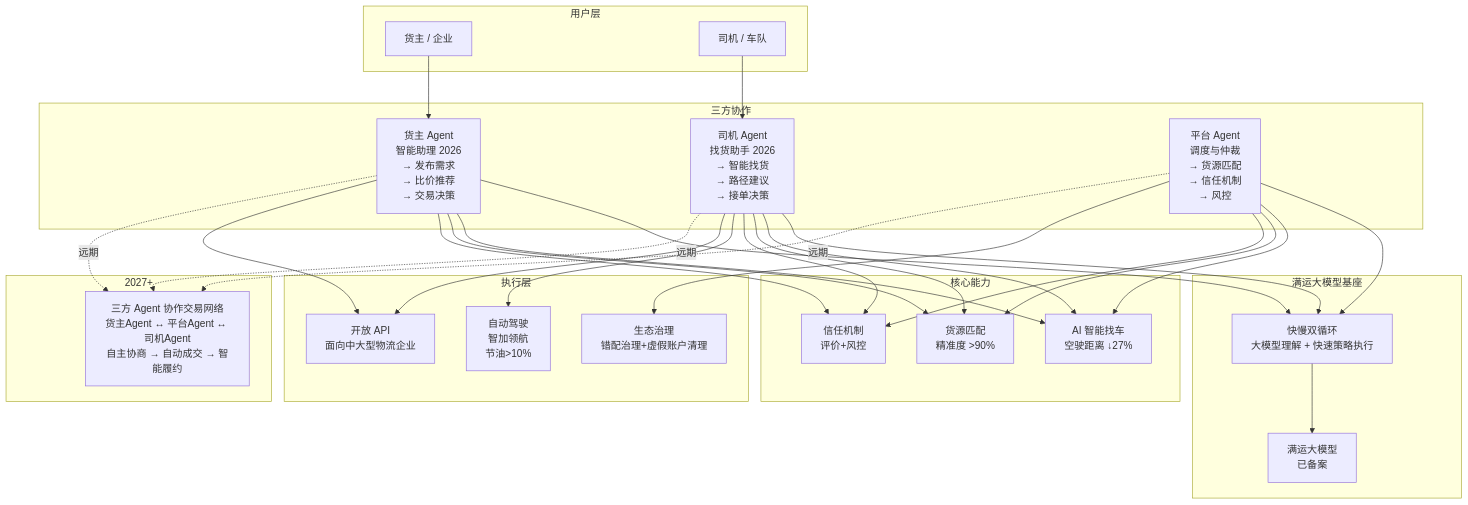
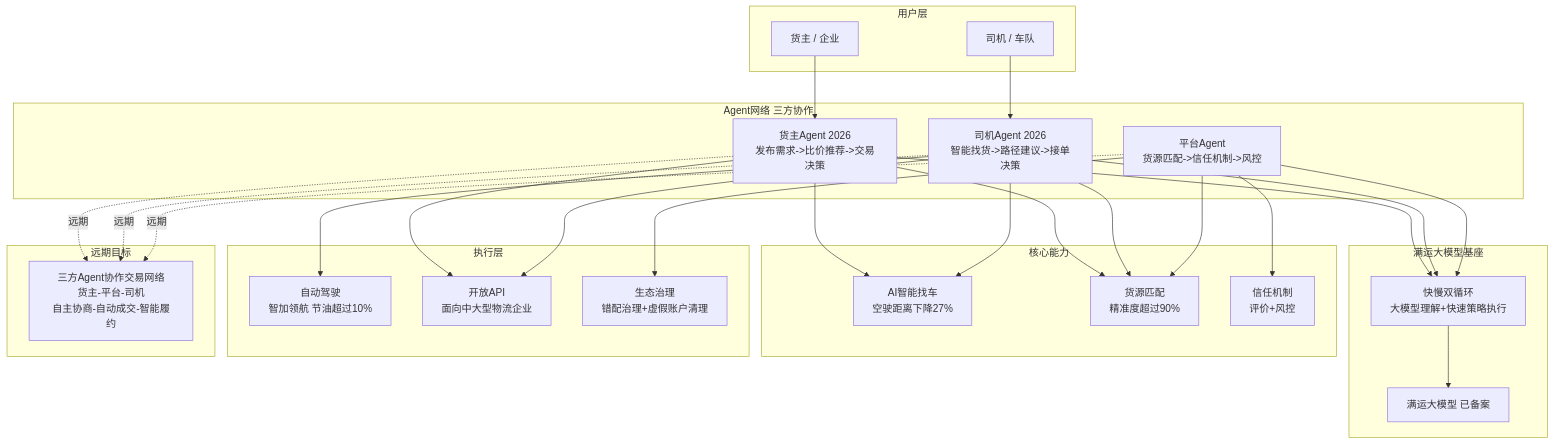
Before and after one commit to wly-163/grid-qa: the fourth of 8 diagrams in 供应链物流智能客服Agent架构图.md, drawn with Mermaid. The commit also changed other lines of this file, not shown here.

First line of the commit message:
fix: 修复Mermaid图语法-去掉&多目标箭头和emoji

````diff
--- a/供应链物流智能客服Agent架构图.md
+++ b/供应链物流智能客服Agent架构图.md
@@ -207,46 +258,54 @@
 ```mermaid
 flowchart TB
     subgraph 用户层
         S["货主 / 企业"]
         D["司机 / 车队"]
     end
 
     subgraph 满运大模型基座
-        MM["满运大模型<br>已备案"]
-        FC["快慢双循环<br>大模型理解 + 快速策略执行"]
+        MM["满运大模型 已备案"]
+        FC["快慢双循环<br>大模型理解+快速策略执行"]
     end
 
-    subgraph Agent 网络 [三方协作]
-        SA["货主 Agent<br>智能助理 2026<br>→ 发布需求<br>→ 比价推荐<br>→ 交易决策"]
-        DA["司机 Agent<br>找货助手 2026<br>→ 智能找货<br>→ 路径建议<br>→ 接单决策"]
-        PA["平台 Agent<br>调度与仲裁<br>→ 货源匹配<br>→ 信任机制<br>→ 风控"]
+    subgraph Agent网络 三方协作
+        SA["货主Agent 2026<br>发布需求->比价推荐->交易决策"]
+        DA["司机Agent 2026<br>智能找货->路径建议->接单决策"]
+        PA["平台Agent<br>货源匹配->信任机制->风控"]
     end
 
     subgraph 核心能力
-        MF["AI 智能找车<br>空驶距离 ↓27%"]
-        SR["货源匹配<br>精准度 >90%"]
+        MF["AI智能找车<br>空驶距离下降27%"]
+        SR["货源匹配<br>精准度超过90%"]
         TR["信任机制<br>评价+风控"]
     end
 
     subgraph 执行层
-        AU["自动驾驶<br>智加领航<br>节油>10%"]
-        API["开放 API<br>面向中大型物流企业"]
+        AU["自动驾驶<br>智加领航 节油超过10%"]
+        API["开放API<br>面向中大型物流企业"]
         EC["生态治理<br>错配治理+虚假账户清理"]
     end
 
-    subgraph 远期目标 [2027+]
-        TPN["三方 Agent 协作交易网络<br>货主Agent ↔ 平台Agent ↔ 司机Agent<br>自主协商 → 自动成交 → 智能履约"]
+    subgraph 远期目标
+        TPN["三方Agent协作交易网络<br>货主-平台-司机<br>自主协商-自动成交-智能履约"]
     end
 
     S --> SA
     D --> DA
-    SA & DA --> FC --> MM
+    SA --> FC
+    DA --> FC
     PA --> FC
-    SA & DA & PA --> MF & SR & TR
+    FC --> MM
+    SA --> MF
+    SA --> SR
+    DA --> MF
+    DA --> SR
+    PA --> SR
+    PA --> TR
     PA --> EC
     DA --> AU
-    SA & DA --> API
+    SA --> API
+    DA --> API
     SA -.->|远期| TPN
     DA -.->|远期| TPN
     PA -.->|远期| TPN
 ```
````
